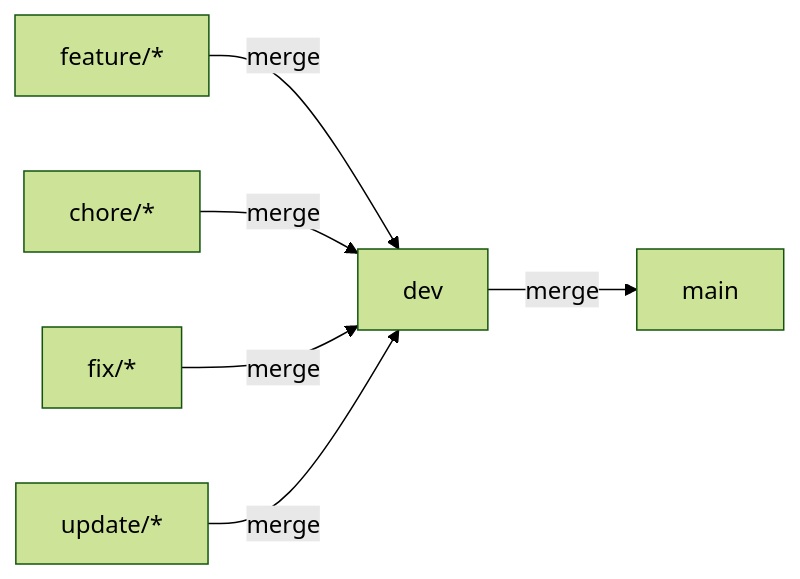
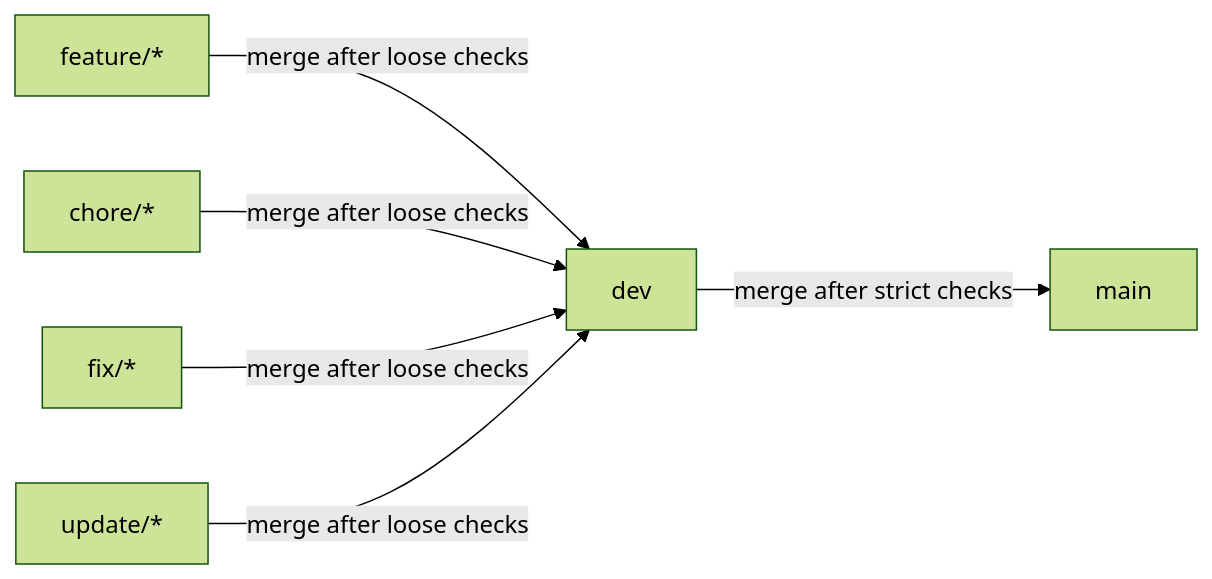
The third of 3 diagrams in README.md (pokemon-GA/scarlet-queen), drawn with Mermaid (forest theme) before and after one commit. The commit also changed 2 other files, not shown here.

Commit message:
chore: update some ci

````diff
--- a/README.md
+++ b/README.md
@@ -137,8 +137,8 @@
 ```mermaid
 flowchart LR
-    dev["dev"] -->|merge| main["main"]
-    feature["feature/*"] -->|merge| dev["dev"]
-    chore["chore/*"] -->|merge| dev["dev"]
-    fix["fix/*"] -->|merge| dev["dev"]
-    update["update/*"] -->|merge| dev["dev"]
+    dev["dev"] -->|merge after strict checks| main["main"]
+    feature["feature/*"] -->|merge after loose checks| dev["dev"]
+    chore["chore/*"] -->|merge after loose checks| dev["dev"]
+    fix["fix/*"] -->|merge after loose checks| dev["dev"]
+    update["update/*"] -->|merge after loose checks| dev["dev"]
 ```
````
